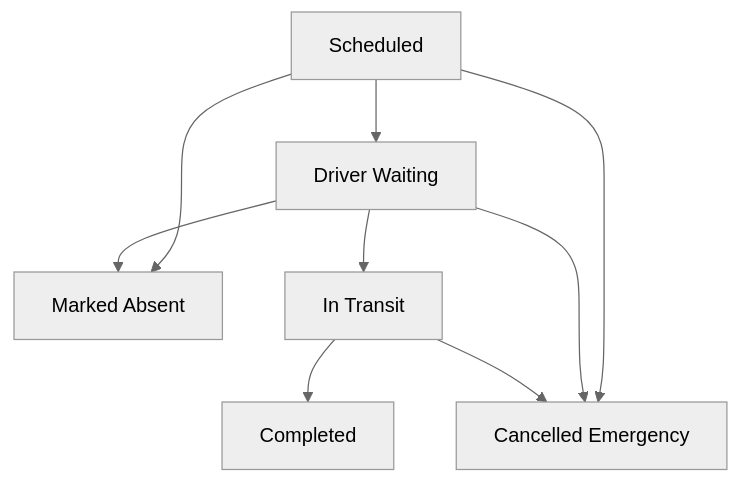
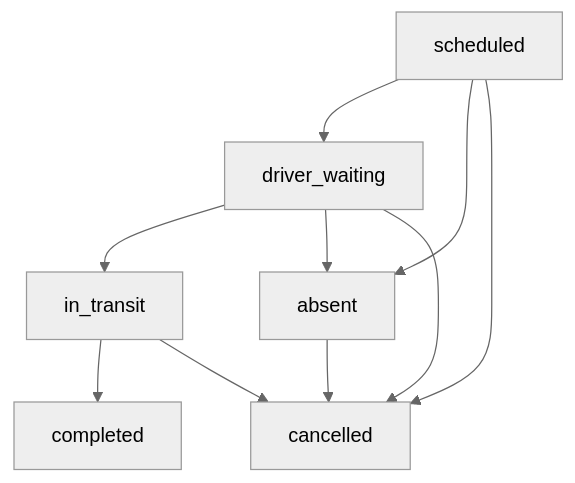
One commit to wisam79/sair changed the first of 2 diagrams in docs/v2/STATE_MACHINE.md. Above: the diagram before and after it, drawn with Mermaid (neutral theme). The commit also changed other lines of this file and 201 other files, not shown here.

````diff
--- a/docs/v2/STATE_MACHINE.md
+++ b/docs/v2/STATE_MACHINE.md
@@ -9,11 +11,12 @@
 ```mermaid
 graph TD;
-    Scheduled[Scheduled] --> Waiting[Driver Waiting];
-    Scheduled --> Cancelled[Cancelled];
-    Scheduled --> Absent[Marked Absent];
-    Waiting --> InTransit[In Transit];
-    Waiting --> Absent[Marked Absent];
-    Waiting --> Cancelled[Cancelled];
-    InTransit --> Completed[Completed];
-    InTransit --> Cancelled[Cancelled Emergency];
+    Scheduled[scheduled] --> DriverWaiting[driver_waiting];
+    Scheduled --> Absent[absent];
+    Scheduled --> Cancelled[cancelled];
+    DriverWaiting --> InTransit[in_transit];
+    DriverWaiting --> Absent[absent];
+    DriverWaiting --> Cancelled[cancelled];
+    InTransit --> Completed[completed];
+    InTransit --> Cancelled[cancelled];
+    Absent --> Cancelled[cancelled];
 ```
````
